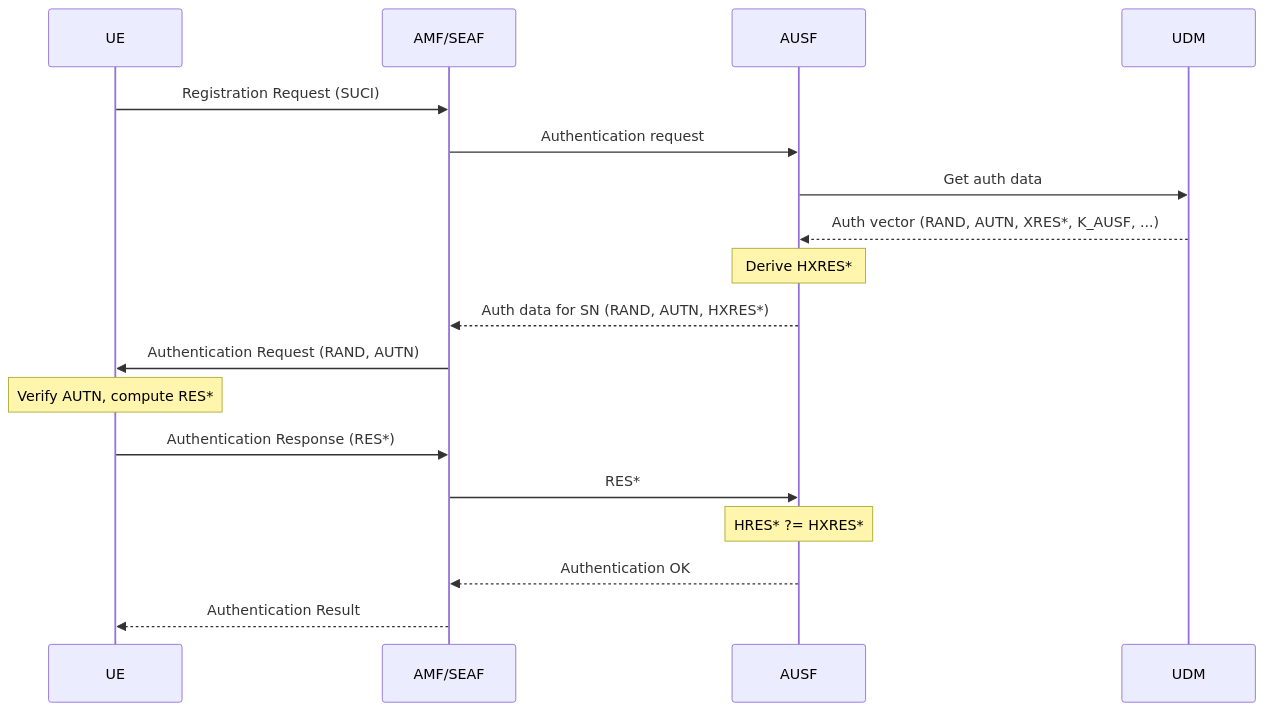
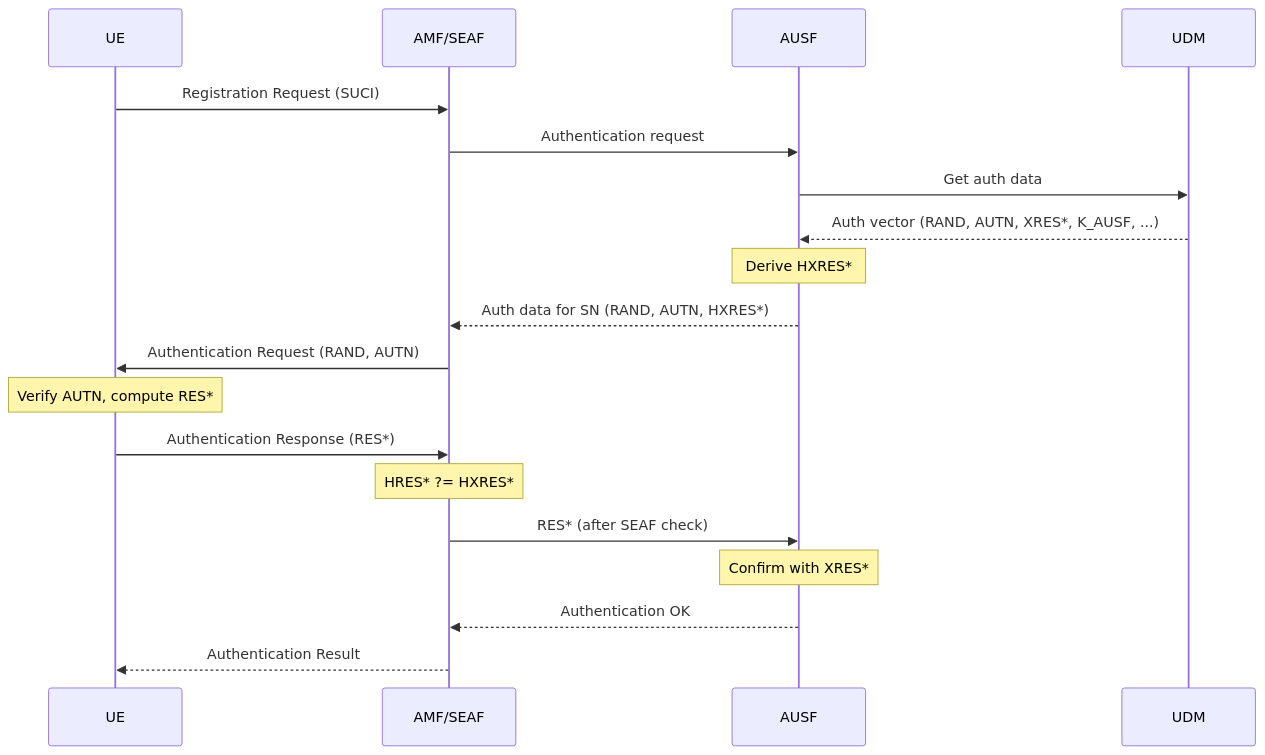
One commit to mh567/mh567.github.io changed the second of 5 diagrams in _posts/2026-03-24-5G安全技术系统解析.md. Above: the diagram before and after it, drawn with Mermaid. The commit also changed other lines of this file, not shown here.

````diff
--- a/_posts/2026-03-24-5G安全技术系统解析.md
+++ b/_posts/2026-03-24-5G安全技术系统解析.md
@@ -166,21 +166,22 @@
 ```mermaid
 sequenceDiagram
     participant UE
     participant AMF as AMF/SEAF
     participant AUSF
     participant UDM
 
     UE->>AMF: Registration Request (SUCI)
     AMF->>AUSF: Authentication request
     AUSF->>UDM: Get auth data
     UDM-->>AUSF: Auth vector (RAND, AUTN, XRES*, K_AUSF, ...)
     Note over AUSF: Derive HXRES*
     AUSF-->>AMF: Auth data for SN (RAND, AUTN, HXRES*)
     AMF->>UE: Authentication Request (RAND, AUTN)
     Note over UE: Verify AUTN, compute RES*
     UE->>AMF: Authentication Response (RES*)
-    AMF->>AUSF: RES*
-    Note over AUSF: HRES* ?= HXRES*
+    Note over AMF: HRES* ?= HXRES*
+    AMF->>AUSF: RES* (after SEAF check)
+    Note over AUSF: Confirm with XRES*
     AUSF-->>AMF: Authentication OK
     AMF-->>UE: Authentication Result
 ```
````
